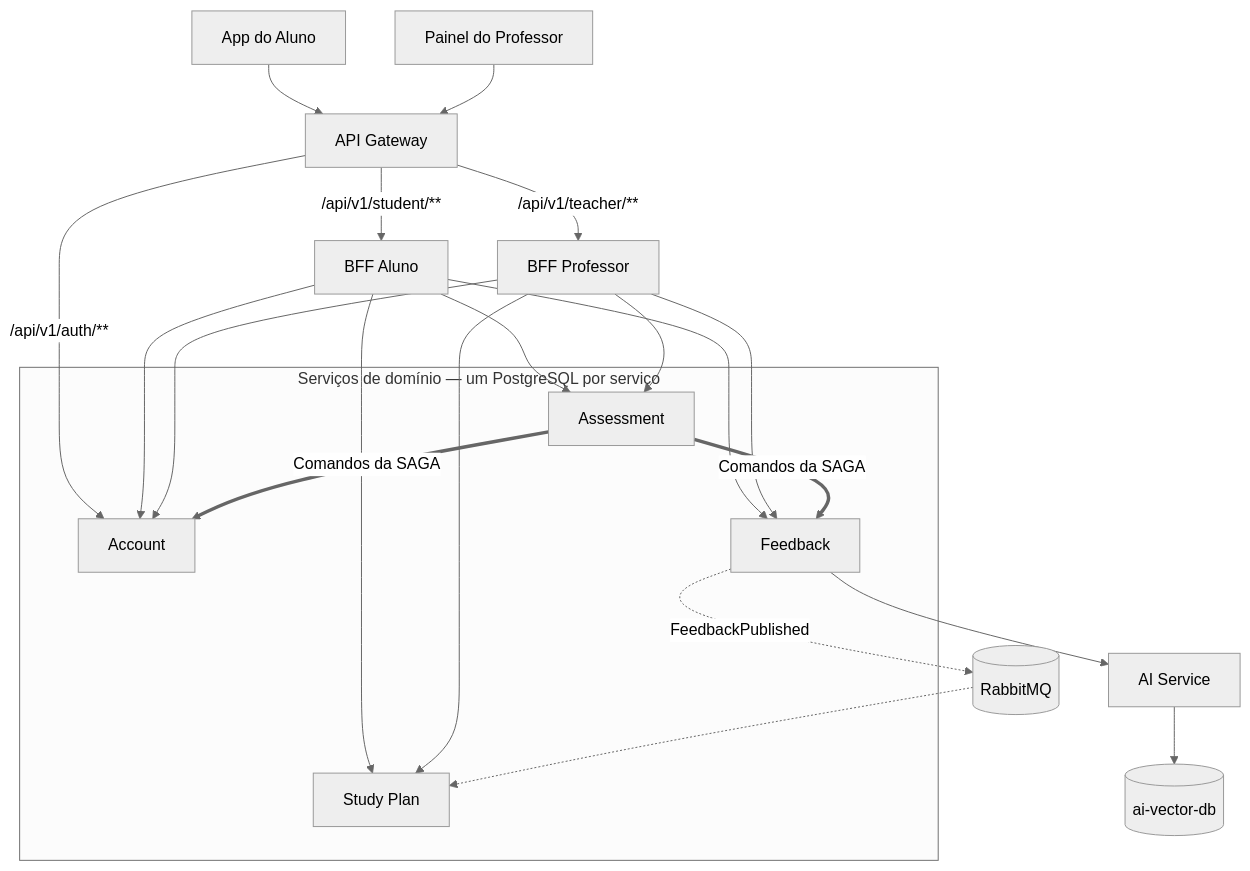
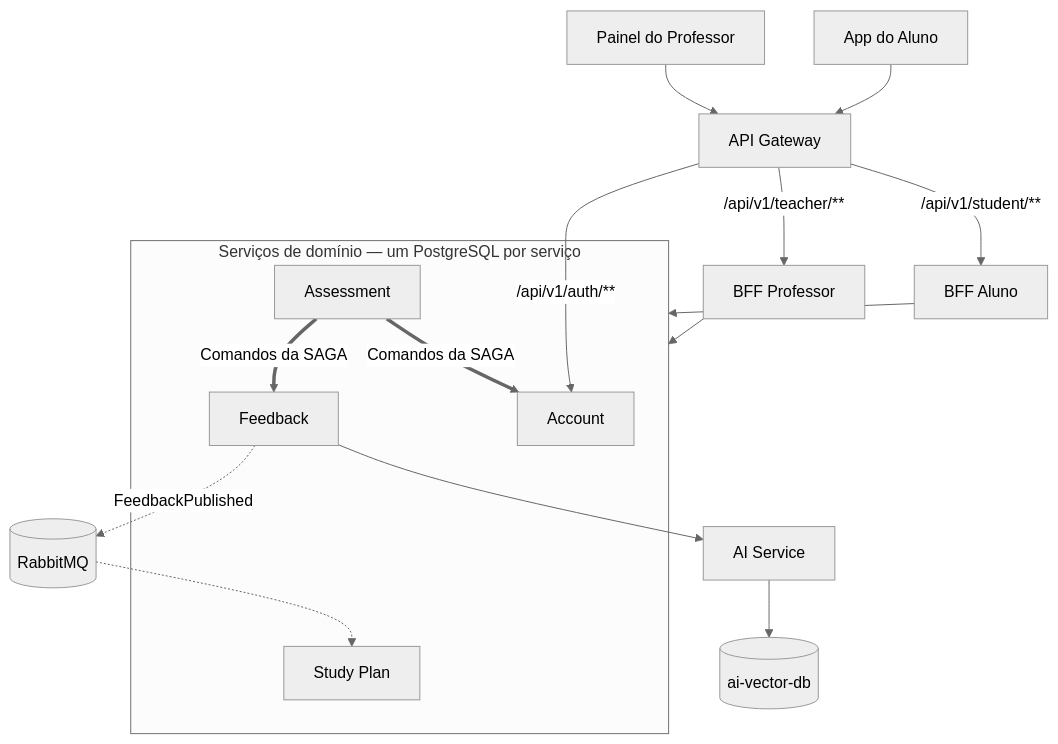
Before and after one commit to miguelcoelho22/MentorIA: the diagram in docs/assets/arquitetura/01-visao-geral.md, drawn with Mermaid (neutral theme). The commit also changed other lines of this file, not shown here.

Commit message:
docs: simplifica conexões dos BFFs no diagrama Mermaid

````diff
--- a/docs/assets/arquitetura/01-visao-geral.md
+++ b/docs/assets/arquitetura/01-visao-geral.md
@@ -26,28 +27,28 @@
 ```mermaid
 flowchart TB
     WS["App do Aluno"] --> GW["API Gateway"]
     WT["Painel do Professor"] --> GW
 
     GW -->|"/api/v1/student/**"| BS["BFF Aluno"]
     GW -->|"/api/v1/teacher/**"| BT["BFF Professor"]
     GW -->|"/api/v1/auth/**"| AC
 
     subgraph DOM["Serviços de domínio — um PostgreSQL por serviço"]
         AC["Account"]
         AS["Assessment"]
         FB["Feedback"]
         SP["Study Plan"]
     end
 
-    BS --> AC & AS & FB & SP
-    BT --> AC & AS & FB & SP
+    BS --> DOM
+    BT --> DOM
 
     AS ==>|"Comandos da SAGA"| AC
     AS ==>|"Comandos da SAGA"| FB
 
     FB --> AI["AI Service"]
     AI --> VDB[("ai-vector-db")]
 
     FB -.->|"FeedbackPublished"| MQ[("RabbitMQ")]
     MQ -.-> SP
 ```
````
